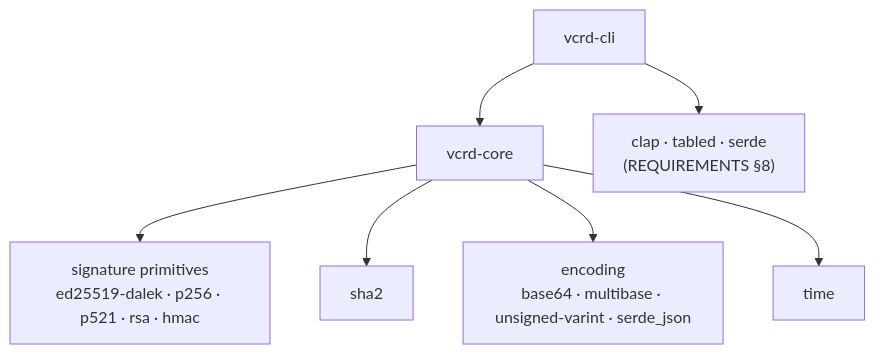
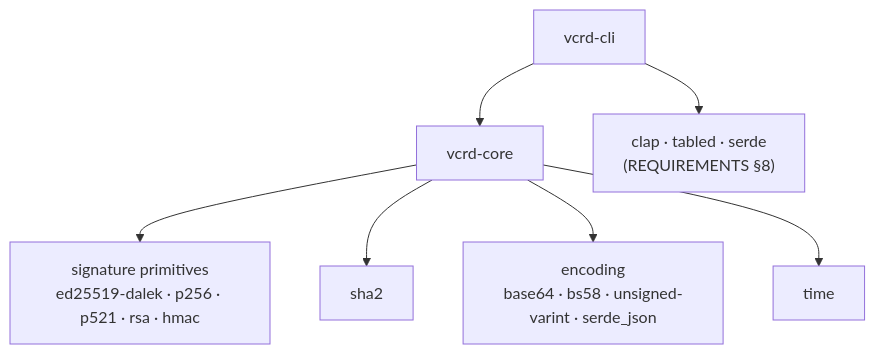
The first of 2 diagrams in ARCHITECTURE.md (davidchaiken/vcrd), drawn with Mermaid before and after one commit. The commit also changed other lines of this file and 36 other files, not shown here.

````diff
--- a/ARCHITECTURE.md
+++ b/ARCHITECTURE.md
@@ -43,9 +43,9 @@
 ```mermaid
 flowchart TB
     cli["vcrd-cli"] --> core["vcrd-core"]
     cli --> clidep["clap · tabled · serde<br/>(REQUIREMENTS §8)"]
     core --> sig["signature primitives<br/>ed25519-dalek · p256 · p521 · rsa · hmac"]
     core --> hash["sha2"]
-    core --> enc["encoding<br/>base64 · multibase · unsigned-varint · serde_json"]
+    core --> enc["encoding<br/>base64 · bs58 · unsigned-varint · serde_json"]
     core --> time["time"]
 ```
````
